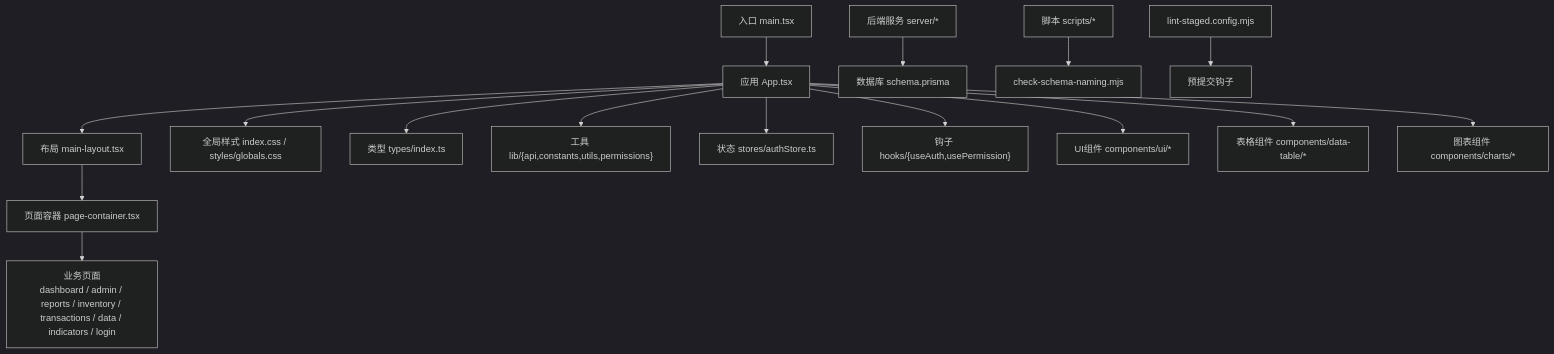
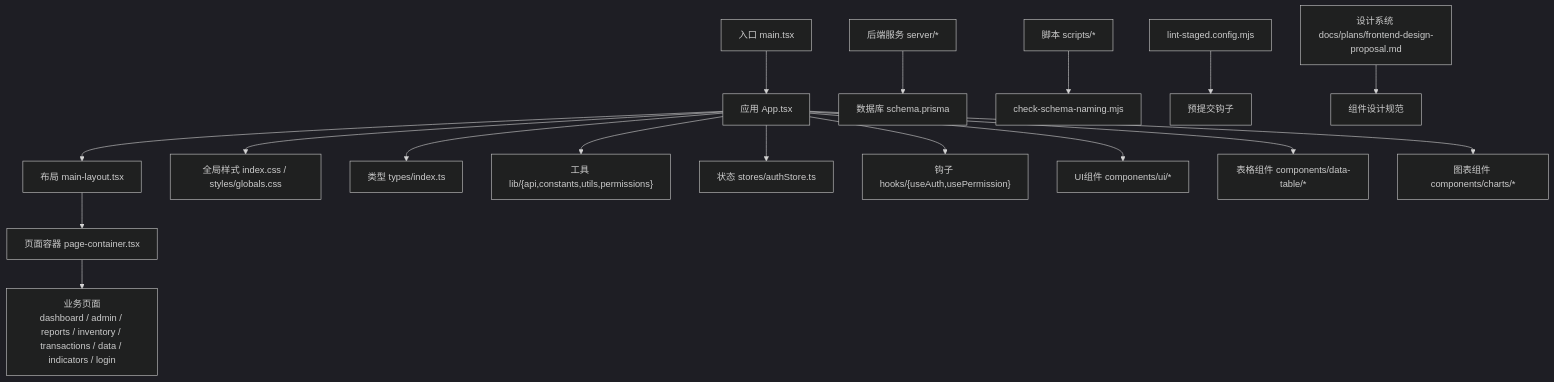
Before and after one commit to Damao997/newproject: the first of 9 diagrams in .qoder/repowiki/zh/content/开发规范/开发规范.md, drawn with Mermaid (dark theme). The commit also changed other lines of this file and 40 other files, not shown here.

First line of the commit message:
feat(dashboard/inventory): 仪表板与存货模块真实数据接入及图表卡片拆分

````diff
--- a/.qoder/repowiki/zh/content/开发规范/开发规范.md
+++ b/.qoder/repowiki/zh/content/开发规范/开发规范.md
@@ -81,18 +84,19 @@
 ```mermaid
 graph TB
 A["入口 main.tsx"] --> B["应用 App.tsx"]
 B --> C["布局 main-layout.tsx"]
 C --> D["页面容器 page-container.tsx"]
 D --> E["业务页面<br/>dashboard / admin / reports / inventory / transactions / data / indicators / login"]
 B --> F["全局样式 index.css / styles/globals.css"]
 B --> G["类型 types/index.ts"]
 B --> H["工具 lib/{api,constants,utils,permissions}"]
 B --> I["状态 stores/authStore.ts"]
 B --> J["钩子 hooks/{useAuth,usePermission}"]
 B --> K["UI组件 components/ui/*"]
 B --> L["表格组件 components/data-table/*"]
 B --> M["图表组件 components/charts/*"]
 N["后端服务 server/*"] --> O["数据库 schema.prisma"]
 P["脚本 scripts/*"] --> Q["check-schema-naming.mjs"]
 R["lint-staged.config.mjs"] --> S["预提交钩子"]
+T["设计系统 docs/plans/frontend-design-proposal.md"] --> U["组件设计规范"]
 ```
````
